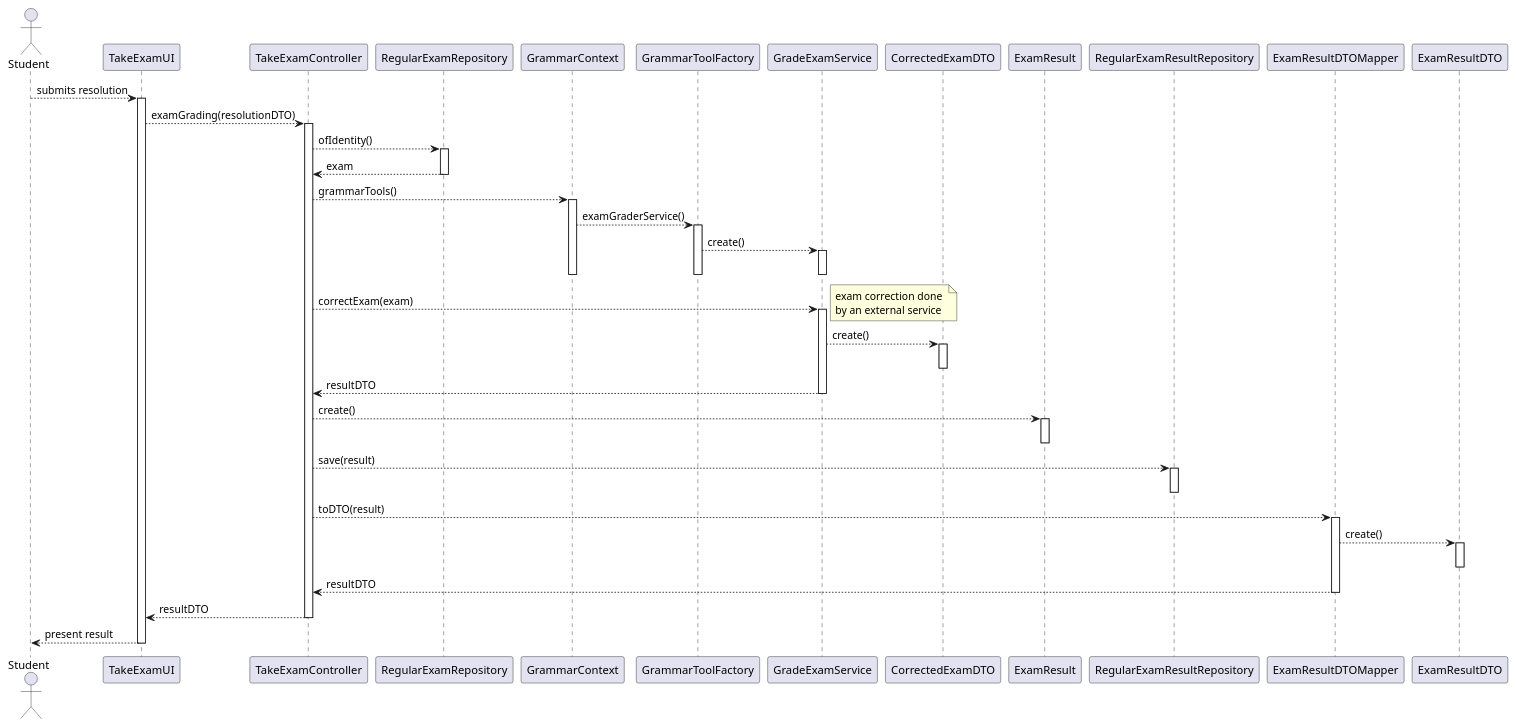
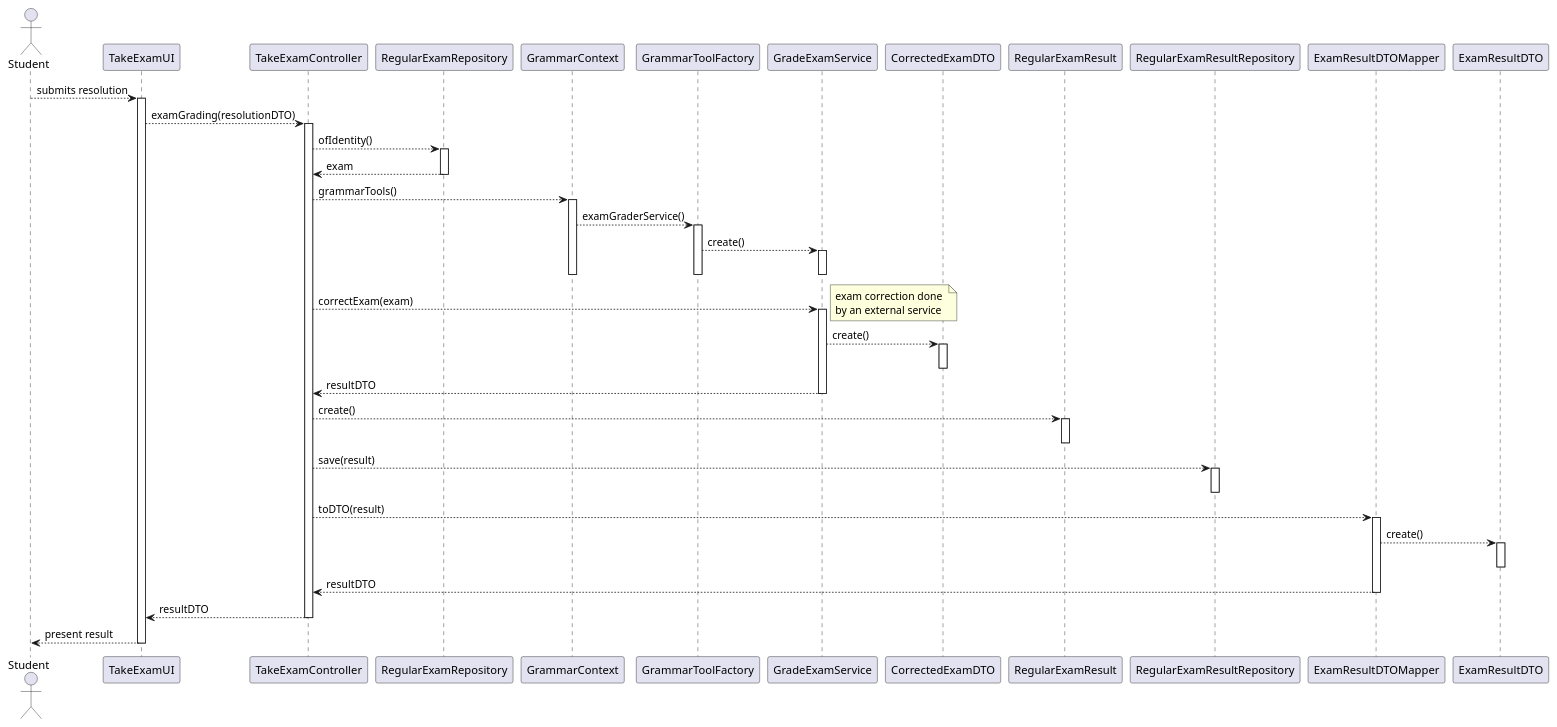
One commit to jovami/isep-lapr4 changed the diagram in docs/us_2004/gradeExamSD.puml. Above: the diagram before and after it, drawn with PlantUML. The commit also changed 4 other files, not shown here.

```diff
--- a/docs/us_2004/gradeExamSD.puml
+++ b/docs/us_2004/gradeExamSD.puml
@@ -1,73 +1,73 @@
 @startuml
 
 actor Student as student
 
 participant TakeExamUI as ui
 participant TakeExamController as ctrl
 
 participant RegularExamRepository as exam_repo
 
 participant GrammarContext as ctx
 participant GrammarToolFactory as grepo
 
 participant GradeExamService as grader_svc
 participant CorrectedExamDTO as corrected_dto
 
-participant ExamResult as result
+participant RegularExamResult as result
 participant RegularExamResultRepository as result_repo
 
 participant ExamResultDTOMapper as result_mapper
 participant ExamResultDTO as result_dto
 
 student --> ui : submits resolution
 activate ui
     ui --> ctrl : examGrading(resolutionDTO)
     activate ctrl
         ctrl --> exam_repo : ofIdentity()
         activate exam_repo
             exam_repo --> ctrl : exam
         deactivate exam_repo
 
         ctrl --> ctx : grammarTools()
         activate ctx
             ctx --> grepo : examGraderService()
             activate grepo
                 grepo --> grader_svc : create()
                 activate grader_svc
                 deactivate grader_svc
             deactivate grepo
         deactivate ctx
 
         ctrl --> grader_svc : correctExam(exam)
         activate grader_svc
             note right: exam correction done \nby an external service
             grader_svc --> corrected_dto : create()
             activate corrected_dto
             deactivate corrected_dto
             grader_svc --> ctrl : resultDTO
         deactivate grader_svc
 
         ctrl --> result : create()
         activate result
         deactivate result
 
         ctrl --> result_repo : save(result)
         activate result_repo
         deactivate result_repo
 
         ' NOTE: double-check what to do w/ feedback
 
         ctrl --> result_mapper : toDTO(result)
         activate result_mapper
             result_mapper --> result_dto : create()
             activate result_dto
             deactivate result_dto
             result_mapper --> ctrl : resultDTO
         deactivate result_mapper
 
         ctrl --> ui : resultDTO
     deactivate ctrl
     ui --> student : present result
 deactivate ui
 
 @enduml
```
